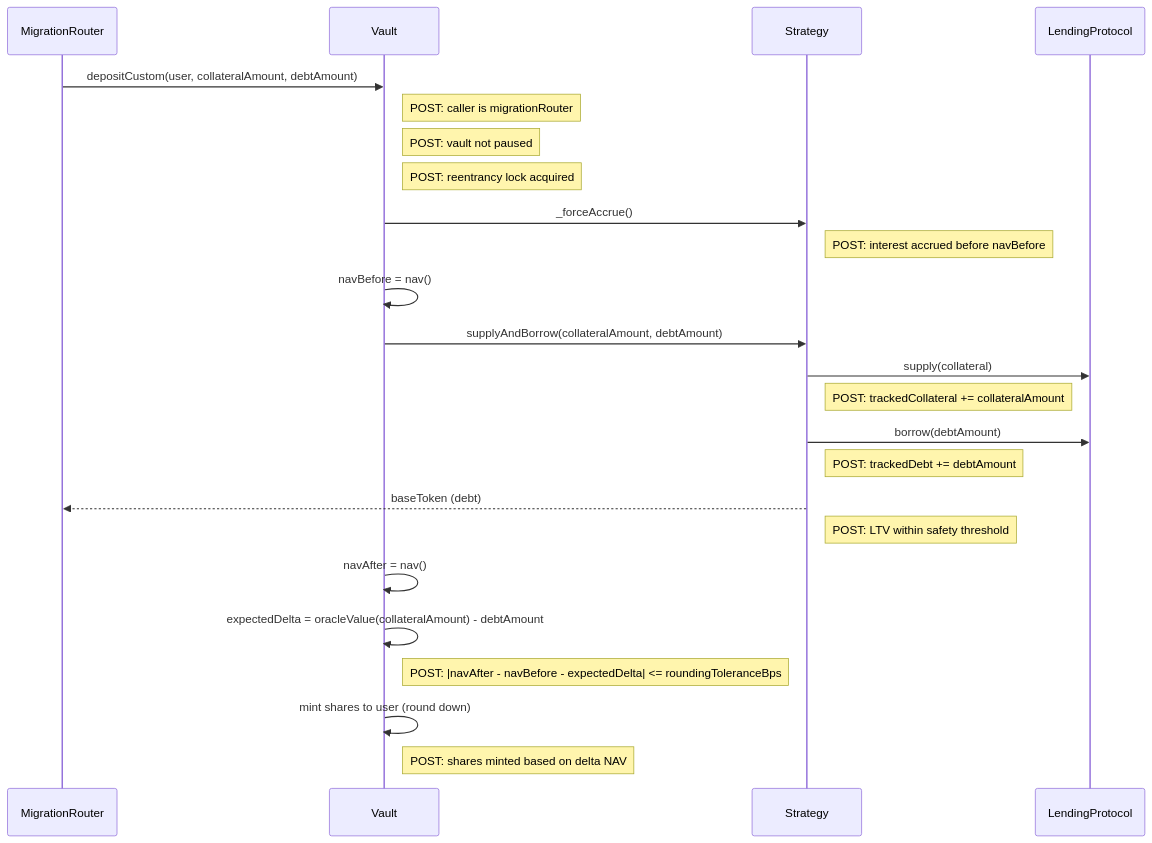
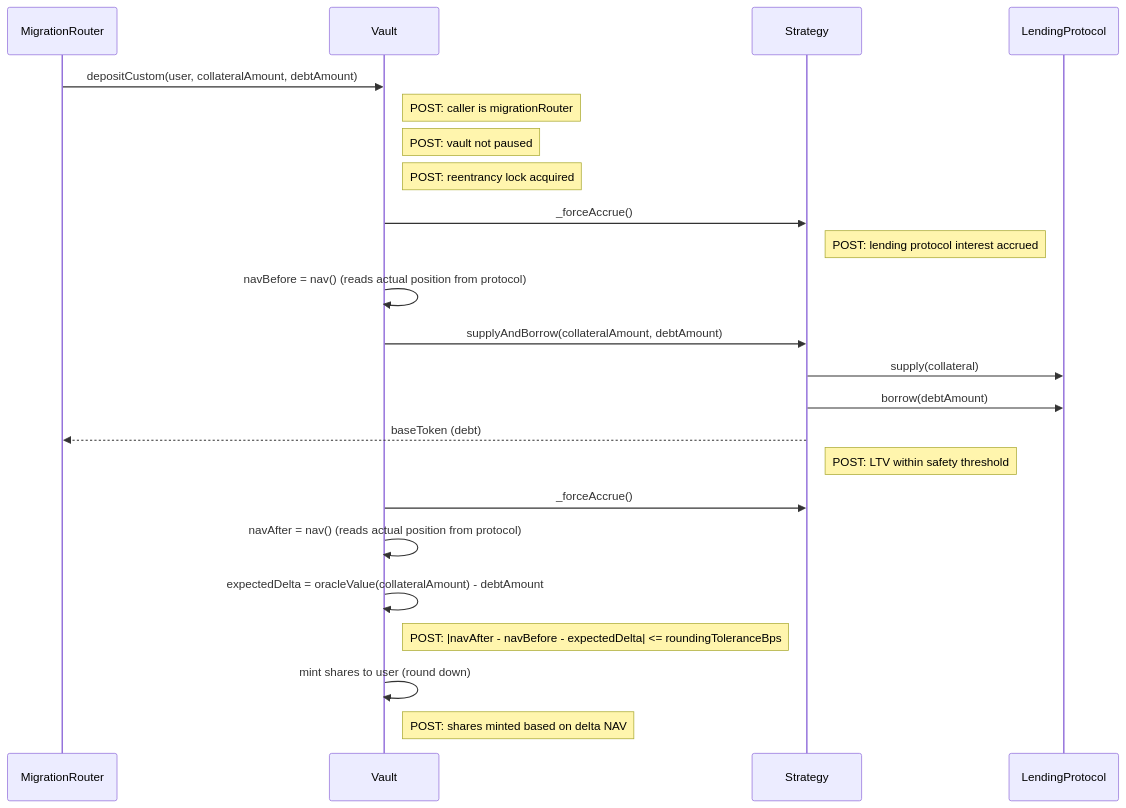
The seventh of 16 diagrams in docs/architecture/call-diagrams.md (evgenynacu/leverage-vaults), drawn with Mermaid before and after one commit. The commit also changed other lines of this file and 9 other files, not shown here.

````diff
--- a/docs/architecture/call-diagrams.md
+++ b/docs/architecture/call-diagrams.md
@@ -138,22 +133,21 @@
 ```mermaid
 sequenceDiagram
     MigrationRouter->>Vault: depositCustom(user, collateralAmount, debtAmount)
     note right of Vault: POST: caller is migrationRouter
     note right of Vault: POST: vault not paused
     note right of Vault: POST: reentrancy lock acquired
     Vault->>Strategy: _forceAccrue()
-    note right of Strategy: POST: interest accrued before navBefore
-    Vault->>Vault: navBefore = nav()
+    note right of Strategy: POST: lending protocol interest accrued
+    Vault->>Vault: navBefore = nav() (reads actual position from protocol)
     Vault->>Strategy: supplyAndBorrow(collateralAmount, debtAmount)
     Strategy->>LendingProtocol: supply(collateral)
-    note right of Strategy: POST: trackedCollateral += collateralAmount
     Strategy->>LendingProtocol: borrow(debtAmount)
-    note right of Strategy: POST: trackedDebt += debtAmount
     Strategy-->>MigrationRouter: baseToken (debt)
     note right of Strategy: POST: LTV within safety threshold
-    Vault->>Vault: navAfter = nav()
+    Vault->>Strategy: _forceAccrue()
+    Vault->>Vault: navAfter = nav() (reads actual position from protocol)
     Vault->>Vault: expectedDelta = oracleValue(collateralAmount) - debtAmount
     note right of Vault: POST: |navAfter - navBefore - expectedDelta| <= roundingToleranceBps
     Vault->>Vault: mint shares to user (round down)
     note right of Vault: POST: shares minted based on delta NAV
 ```
````
